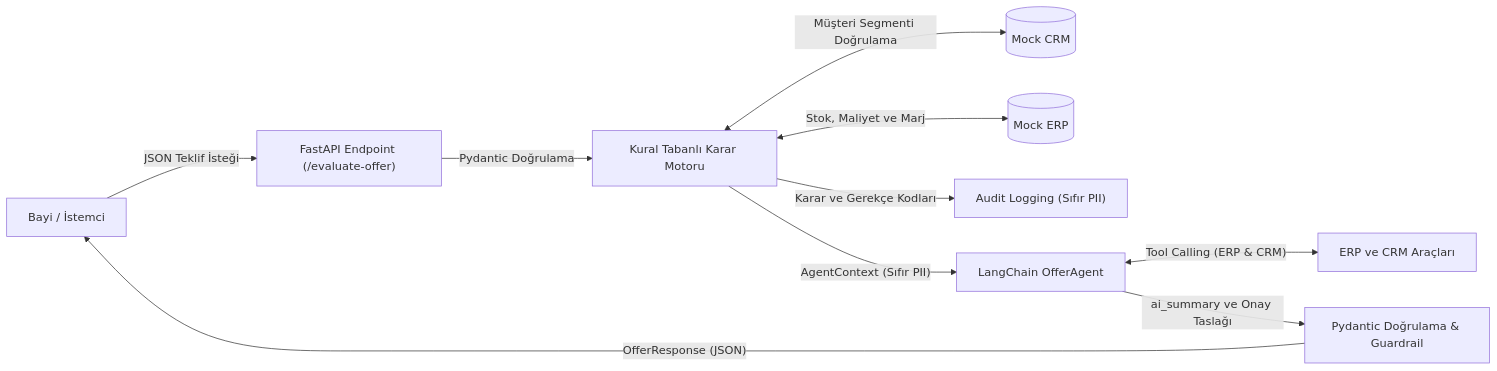
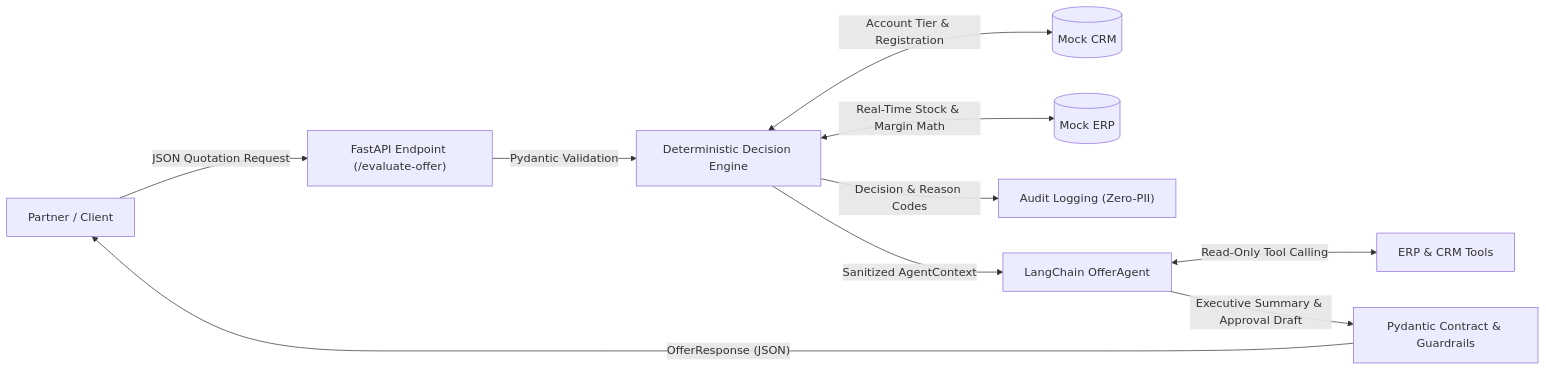
One commit to yusufdelice/penta-offer-evaluation-agent changed the diagram in README.md. Above: the diagram before and after it, drawn with Mermaid. The commit also changed other lines of this file and 18 other files, not shown here.

Commit message:
refactor: translate codebase and docs to English and generalize as enterprise B2B quotation agent

````diff
--- a/README.md
+++ b/README.md
@@ -42,12 +46,12 @@
 ```mermaid
 flowchart LR
-    A["Bayi / İstemci"] -->|"JSON Teklif İsteği"| B["FastAPI Endpoint (/evaluate-offer)"]
-    B -->|"Pydantic Doğrulama"| C["Kural Tabanlı Karar Motoru"]
-    C <-->|"Müşteri Segmenti Doğrulama"| D[("Mock CRM")]
-    C <-->|"Stok, Maliyet ve Marj"| E[("Mock ERP")]
-    C -->|"Karar ve Gerekçe Kodları"| F["Audit Logging (Sıfır PII)"]
-    C -->|"AgentContext (Sıfır PII)"| G["LangChain OfferAgent"]
-    G <-->|"Tool Calling (ERP & CRM)"| H["ERP ve CRM Araçları"]
-    G -->|"ai_summary ve Onay Taslağı"| I["Pydantic Doğrulama & Guardrail"]
+    A["Partner / Client"] -->|"JSON Quotation Request"| B["FastAPI Endpoint (/evaluate-offer)"]
+    B -->|"Pydantic Validation"| C["Deterministic Decision Engine"]
+    C <-->|"Account Tier & Registration"| D[("Mock CRM")]
+    C <-->|"Real-Time Stock & Margin Math"| E[("Mock ERP")]
+    C -->|"Decision & Reason Codes"| F["Audit Logging (Zero-PII)"]
+    C -->|"Sanitized AgentContext"| G["LangChain OfferAgent"]
+    G <-->|"Read-Only Tool Calling"| H["ERP & CRM Tools"]
+    G -->|"Executive Summary & Approval Draft"| I["Pydantic Contract & Guardrails"]
     I -->|"OfferResponse (JSON)"| A
 ```
````
